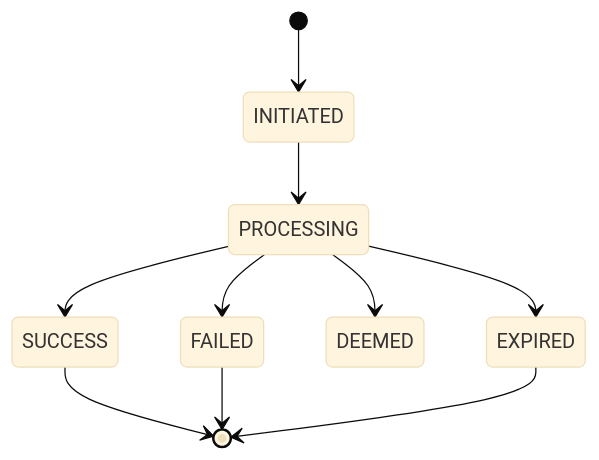
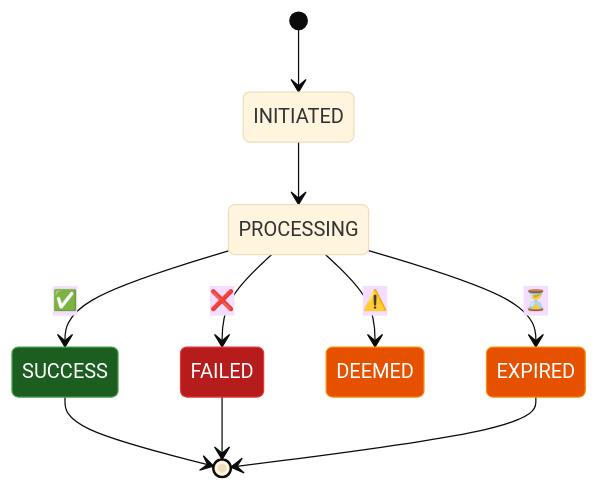
Before and after one commit to ghanendra-sdet/fintech-collection-engine: the third of 6 diagrams in docs/architecture-and-flow.md, drawn with Mermaid (base theme). The commit also changed other lines of this file, not shown here.

Commit message:
docs: enhance architecture diagrams with semantic coloring and icons

````diff
--- a/docs/architecture-and-flow.md
+++ b/docs/architecture-and-flow.md
@@ -38,12 +44,19 @@
 ```mermaid
 stateDiagram-v2
     [*] --> INITIATED
     INITIATED --> PROCESSING
-    PROCESSING --> SUCCESS
-    PROCESSING --> FAILED
-    PROCESSING --> DEEMED
-    PROCESSING --> EXPIRED
+    PROCESSING --> SUCCESS: ✅
+    PROCESSING --> FAILED: ❌
+    PROCESSING --> DEEMED: ⚠️
+    PROCESSING --> EXPIRED: ⏳
     SUCCESS --> [*]
     FAILED --> [*]
     EXPIRED --> [*]
+
+    classDef good fill:#1b5e20,stroke:#43a047,color:#fff
+    classDef bad fill:#b71c1c,stroke:#e53935,color:#fff
+    classDef warn fill:#e65100,stroke:#fb8c00,color:#fff
+    class SUCCESS good
+    class FAILED bad
+    class DEEMED,EXPIRED warn
 ```
````
